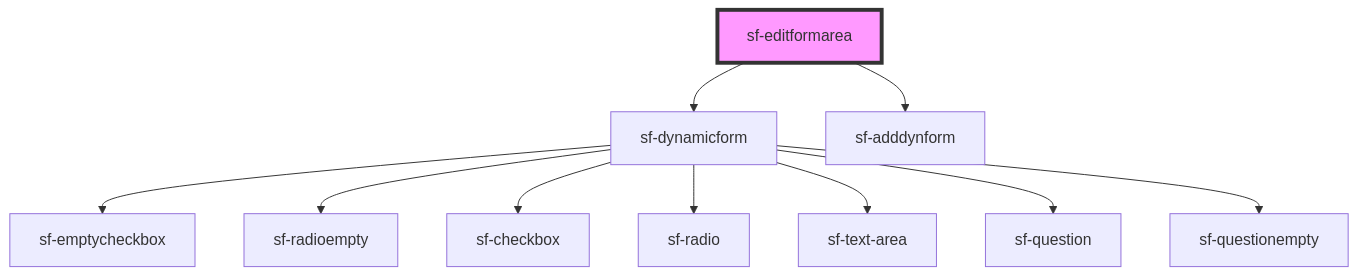
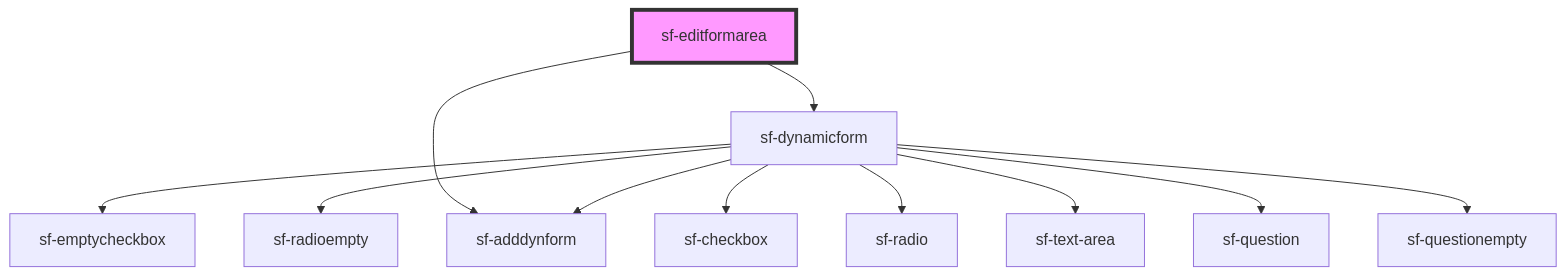
One commit to pxcemaker/SmartForms changed the diagram in fusion-opl/stencil-smartform-on-main/src/components/sf-editformarea/readme.md. Above: the diagram before and after it, drawn with Mermaid. The commit also changed 3 other files, not shown here.

````diff
--- a/fusion-opl/stencil-smartform-on-main/src/components/sf-editformarea/readme.md
+++ b/fusion-opl/stencil-smartform-on-main/src/components/sf-editformarea/readme.md
@@ -16,13 +16,14 @@
 ```mermaid
 graph TD;
   sf-editformarea --> sf-dynamicform
   sf-editformarea --> sf-adddynform
   sf-dynamicform --> sf-emptycheckbox
   sf-dynamicform --> sf-radioempty
+  sf-dynamicform --> sf-adddynform
   sf-dynamicform --> sf-checkbox
   sf-dynamicform --> sf-radio
   sf-dynamicform --> sf-text-area
   sf-dynamicform --> sf-question
   sf-dynamicform --> sf-questionempty
   style sf-editformarea fill:#f9f,stroke:#333,stroke-width:4px
 ```
````
